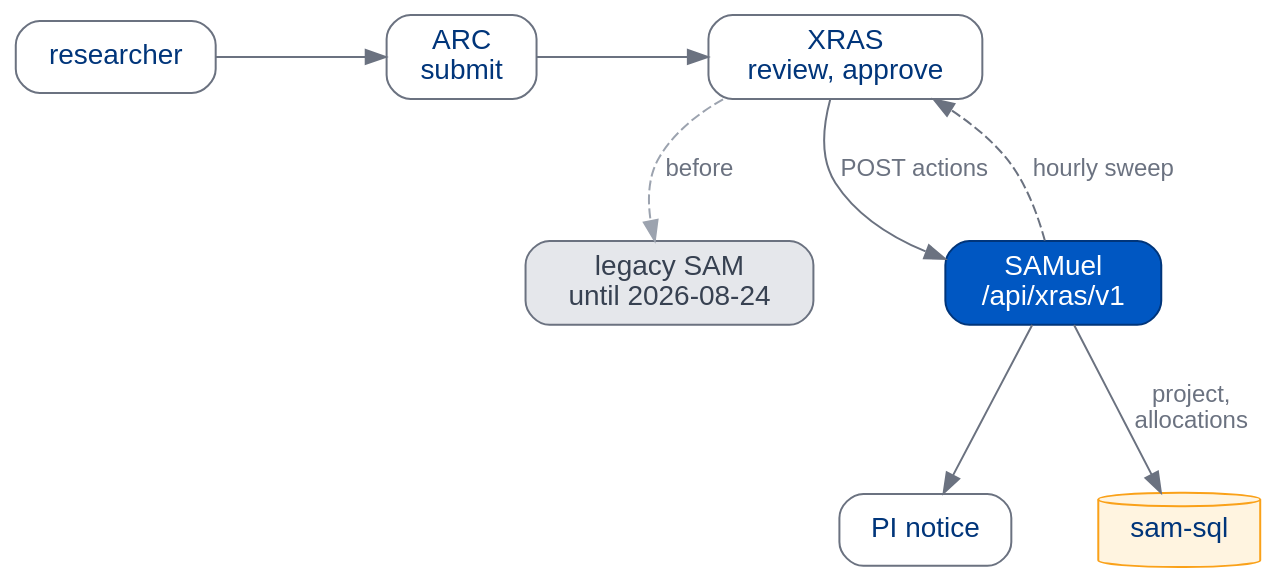
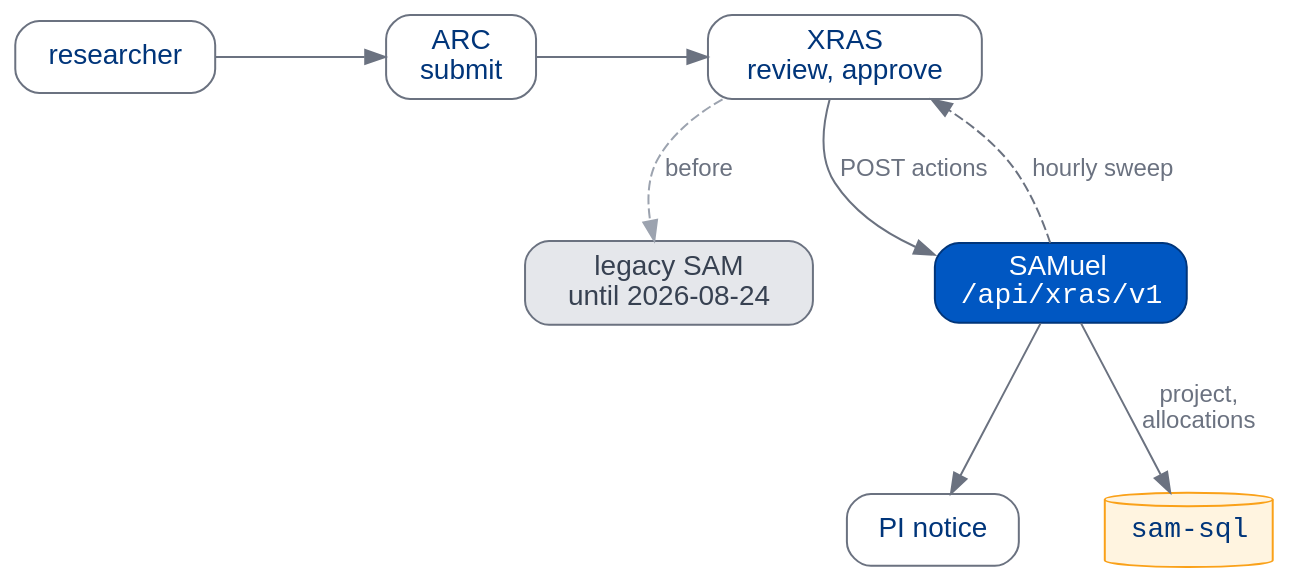
Before and after one commit to benkirk/sam-queries: the fourth of 6 diagrams in docs/presentations/samuel/_4-systems.qmd, drawn with Graphviz. The commit also changed other lines of this file and 63 other files, not shown here.

````diff
--- a/docs/presentations/samuel/_4-systems.qmd
+++ b/docs/presentations/samuel/_4-systems.qmd
@@ -327,26 +328,26 @@
 ```{dot}
 //| fig-width: 10
 digraph Xras {
   graph [rankdir=TB, nodesep=0.6, ranksep=0.8, bgcolor="transparent"];
   node  [shape=box, style="rounded,filled", fontname="Helvetica", fontsize=14,
          fillcolor="#FFFFFF", color="#6B7280", fontcolor="#00357A", margin="0.18,0.08"];
   edge  [fontname="Helvetica", fontsize=12, color="#6B7280", fontcolor="#6B7280"];
   pi     [label="researcher"];
   arc    [label="ARC\nsubmit"];
   xras   [label="XRAS\nreview, approve"];
   legacy [label="legacy SAM\nuntil 2026-08-24", fillcolor="#E5E7EB", fontcolor="#374151"];
   mail   [label="PI notice"];
-  sql    [label="sam-sql", shape=cylinder, fillcolor="#FFF4E0", color="#FAA119"];
-  samuel [label="SAMuel\n/api/xras/v1", fillcolor="#0057C2", color="#00357A",
+  sql    [label=<<FONT FACE="Courier">sam-sql</FONT>>, shape=cylinder, fillcolor="#FFF4E0", color="#FAA119"];
+  samuel [label=<SAMuel<BR/><FONT FACE="Courier">/api/xras/v1</FONT>>, fillcolor="#0057C2", color="#00357A",
           fontcolor="#FFFFFF"];
   {rank=same; pi; arc; xras}
   {rank=same; legacy; samuel}
   {rank=same; mail; sql}
   pi -> arc -> xras;
   xras -> legacy [style=dashed, color="#9CA3AF", label="before"];
   xras -> samuel [label="POST actions"];
   samuel -> xras [label="hourly sweep", style=dashed];
   samuel -> sql [label="project,\nallocations"];
   samuel -> mail;
 }
 ```
````
